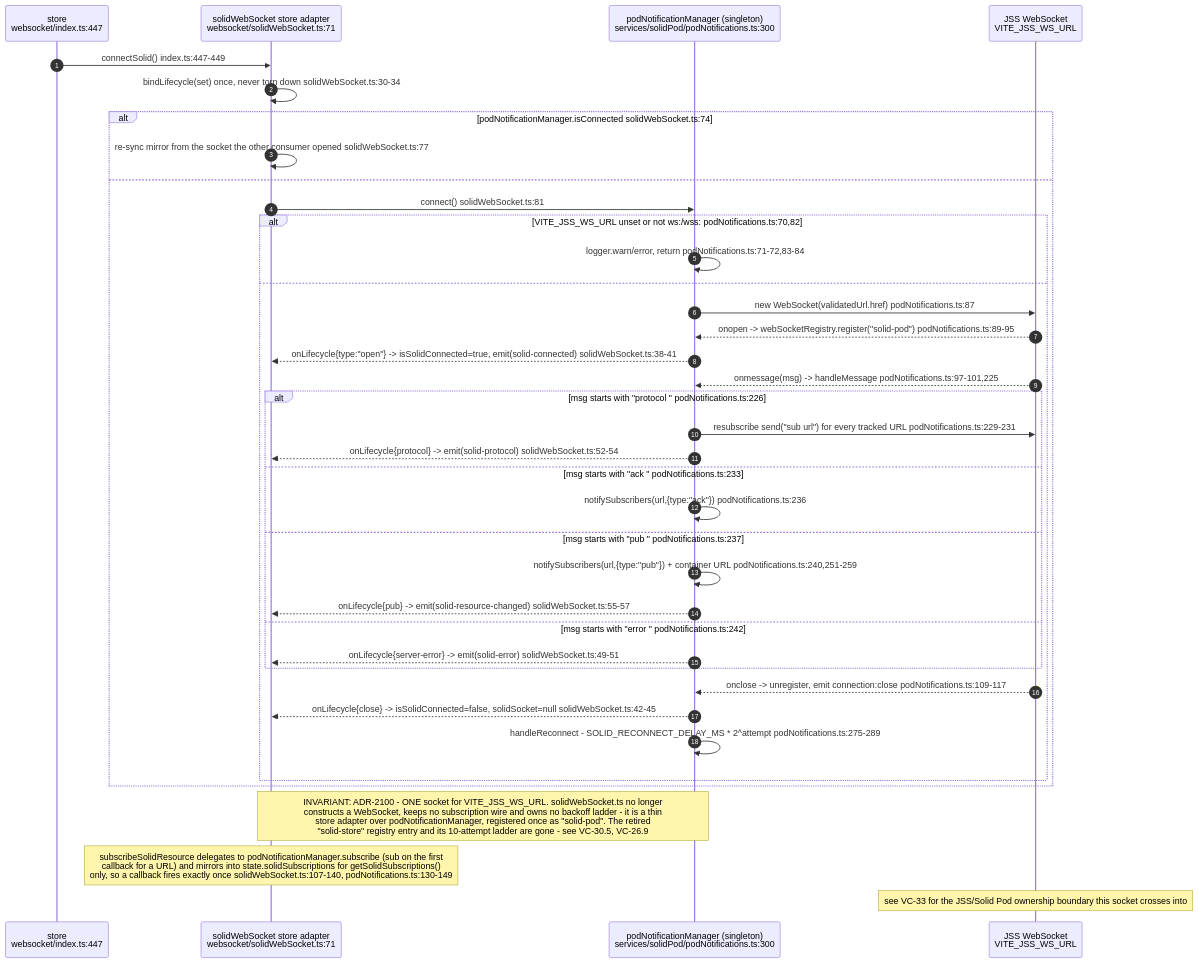
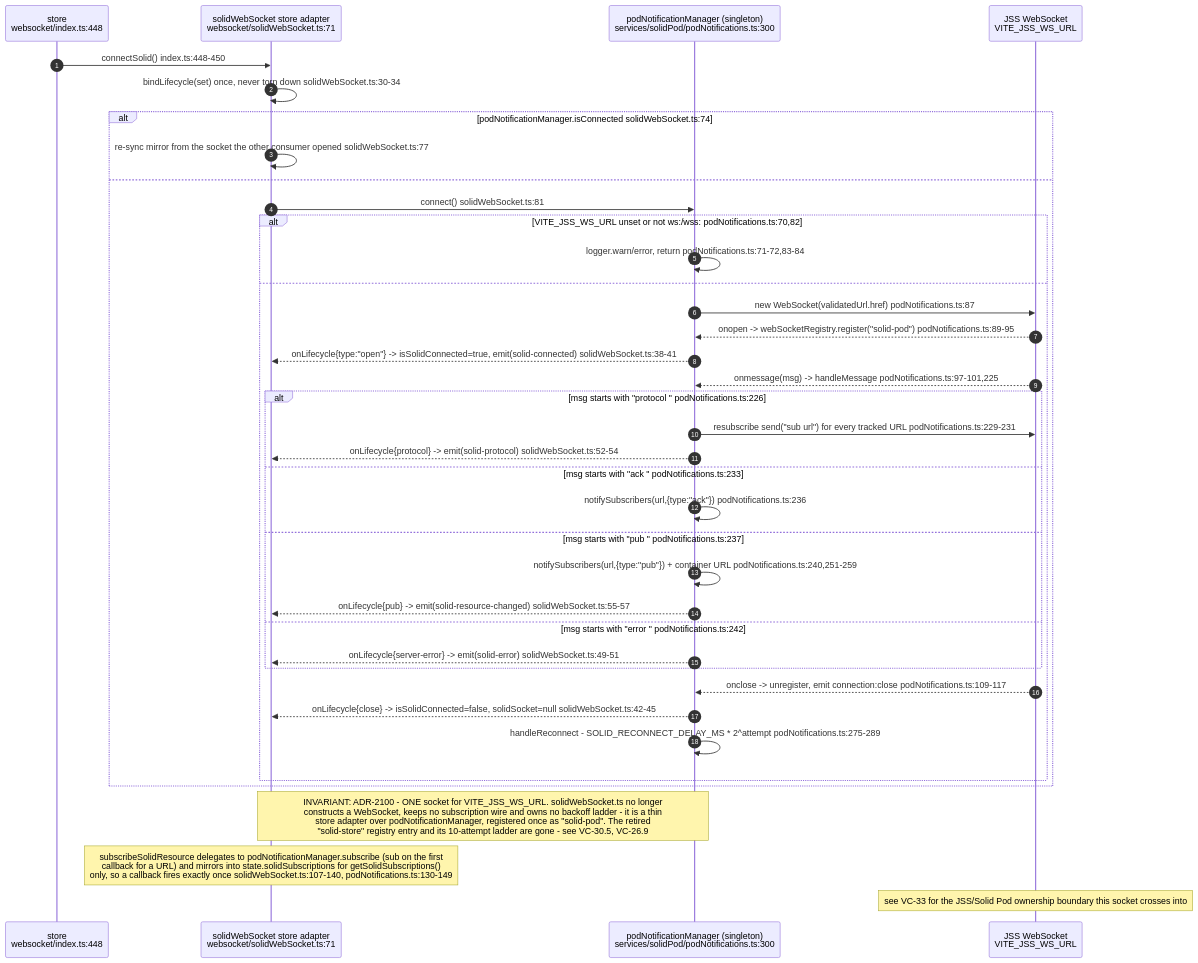
Before and after one commit to DreamLab-AI/VisionFlow: diagram 14 of 14 in docs/diagrams/visionclaw/32-client-websocket-and-binary.md, drawn with Mermaid. The commit also changed other lines of this file and 56 other files, not shown here.

First line of the commit message:
docs(diagrams): re-verify VisionClaw topics at ec785afa9, add VC-19/56/57 and the VisionClaw register

````diff
--- a/docs/diagrams/visionclaw/32-client-websocket-and-binary.md
+++ b/docs/diagrams/visionclaw/32-client-websocket-and-binary.md
@@ -569,41 +585,41 @@
 ```mermaid
 sequenceDiagram
     autonumber
-    participant C as store<br/>websocket/index.ts:447
+    participant C as store<br/>websocket/index.ts:448
     participant SW as solidWebSocket store adapter<br/>websocket/solidWebSocket.ts:71
     participant PN as podNotificationManager (singleton)<br/>services/solidPod/podNotifications.ts:300
     participant JSS as JSS WebSocket<br/>VITE_JSS_WS_URL
 
-    C->>SW: connectSolid() index.ts:447-449
+    C->>SW: connectSolid() index.ts:448-450
     SW->>SW: bindLifecycle(set) once, never torn down solidWebSocket.ts:30-34
     alt podNotificationManager.isConnected solidWebSocket.ts:74
         SW->>SW: re-sync mirror from the socket the other consumer opened solidWebSocket.ts:77
     else
         SW->>PN: connect() solidWebSocket.ts:81
         alt VITE_JSS_WS_URL unset or not ws:/wss: podNotifications.ts:70,82
             PN->>PN: logger.warn/error, return podNotifications.ts:71-72,83-84
         else
             PN->>JSS: new WebSocket(validatedUrl.href) podNotifications.ts:87
             JSS-->>PN: onopen -> webSocketRegistry.register("solid-pod") podNotifications.ts:89-95
             PN-->>SW: onLifecycle{type:"open"} -> isSolidConnected=true, emit(solid-connected) solidWebSocket.ts:38-41
             JSS-->>PN: onmessage(msg) -> handleMessage podNotifications.ts:97-101,225
             alt msg starts with "protocol " podNotifications.ts:226
                 PN->>JSS: resubscribe send("sub url") for every tracked URL podNotifications.ts:229-231
                 PN-->>SW: onLifecycle{protocol} -> emit(solid-protocol) solidWebSocket.ts:52-54
             else msg starts with "ack " podNotifications.ts:233
                 PN->>PN: notifySubscribers(url,{type:"ack"}) podNotifications.ts:236
             else msg starts with "pub " podNotifications.ts:237
                 PN->>PN: notifySubscribers(url,{type:"pub"}) + container URL podNotifications.ts:240,251-259
                 PN-->>SW: onLifecycle{pub} -> emit(solid-resource-changed) solidWebSocket.ts:55-57
             else msg starts with "error " podNotifications.ts:242
                 PN-->>SW: onLifecycle{server-error} -> emit(solid-error) solidWebSocket.ts:49-51
             end
             JSS-->>PN: onclose -> unregister, emit connection:close podNotifications.ts:109-117
             PN-->>SW: onLifecycle{close} -> isSolidConnected=false, solidSocket=null solidWebSocket.ts:42-45
             PN->>PN: handleReconnect - SOLID_RECONNECT_DELAY_MS * 2^attempt podNotifications.ts:275-289
         end
     end
     Note over SW,PN: INVARIANT: ADR-2100 - ONE socket for VITE_JSS_WS_URL. solidWebSocket.ts no longer<br/>constructs a WebSocket, keeps no subscription wire and owns no backoff ladder - it is a thin<br/>store adapter over podNotificationManager, registered once as "solid-pod". The retired<br/>"solid-store" registry entry and its 10-attempt ladder are gone - see VC-30.5, VC-26.9
     Note over SW: subscribeSolidResource delegates to podNotificationManager.subscribe (sub on the first<br/>callback for a URL) and mirrors into state.solidSubscriptions for getSolidSubscriptions()<br/>only, so a callback fires exactly once solidWebSocket.ts:107-140, podNotifications.ts:130-149
     Note over JSS: see VC-33 for the JSS/Solid Pod ownership boundary this socket crosses into
 ```
````
